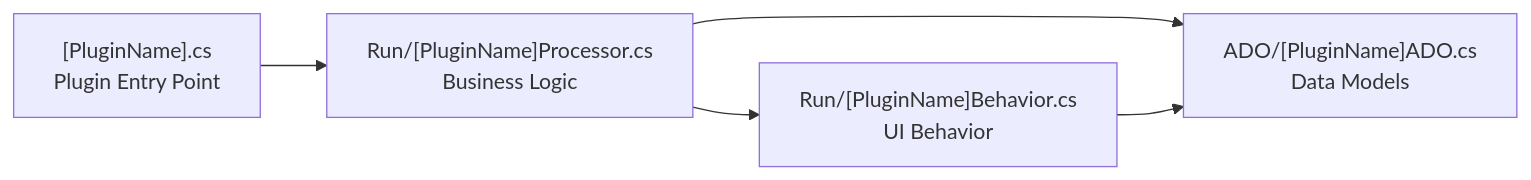
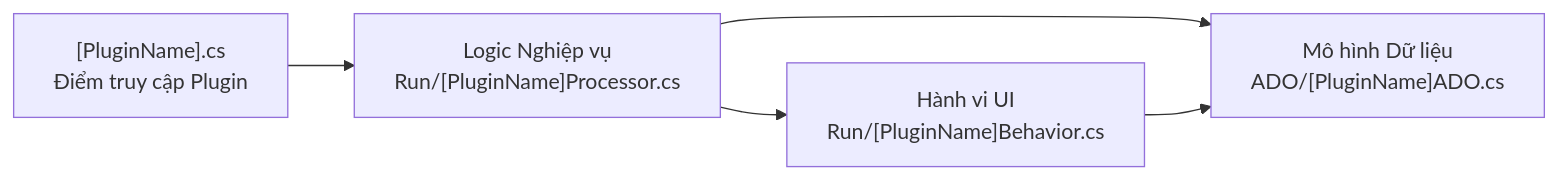
One commit to thangpnb/HIS changed the second of 8 diagrams in docs/his-ba-documentation/03-business-domains/patient-management/patient-call-display.md. Above: the diagram before and after it, drawn with Mermaid. The commit also changed other lines of this file and 30 other files, not shown here.

Commit message:
Refactor architecture docs and update translations

````diff
--- a/docs/his-ba-documentation/03-business-domains/patient-management/patient-call-display.md
+++ b/docs/his-ba-documentation/03-business-domains/patient-management/patient-call-display.md
@@ -72,12 +72,12 @@
 ```mermaid
 graph LR
-    Entry["[PluginName].cs<br/>Plugin Entry Point"]
-    Processor["Run/[PluginName]Processor.cs<br/>Business Logic"]
-    Behavior["Run/[PluginName]Behavior.cs<br/>UI Behavior"]
-    ADO["ADO/[PluginName]ADO.cs<br/>Data Models"]
+    Entry["[PluginName].cs<br/>Điểm truy cập Plugin"]
+    Processor["Logic Nghiệp vụ<br/>Run/[PluginName]Processor.cs"]
+    Behavior["Hành vi UI<br/>Run/[PluginName]Behavior.cs"]
+    ADO["Mô hình Dữ liệu<br/>ADO/[PluginName]ADO.cs"]
     
     Entry --> Processor
     Processor --> Behavior
     Processor --> ADO
     Behavior --> ADO
 ```
````
